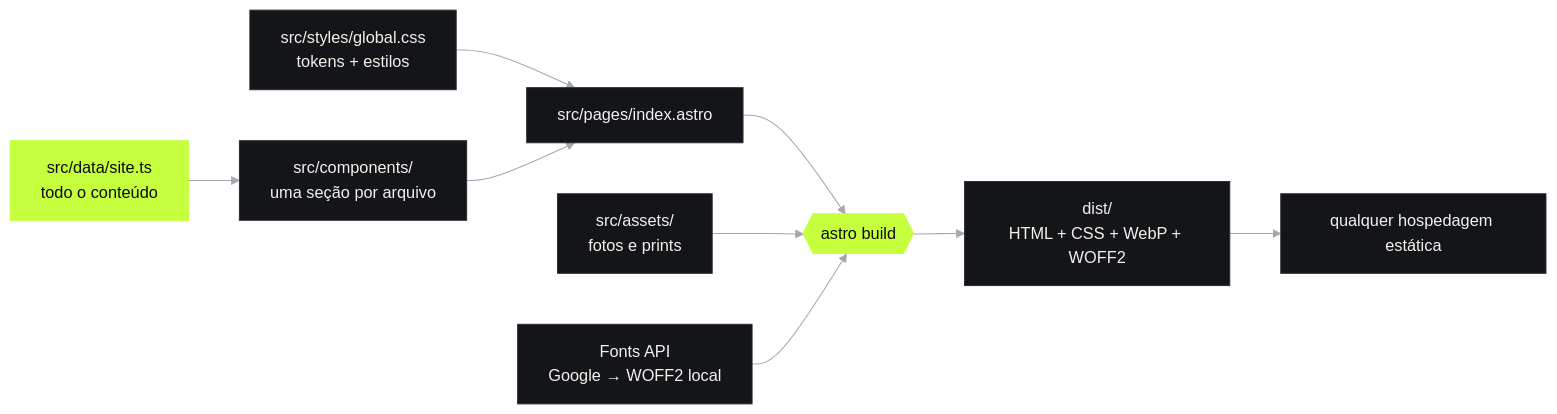
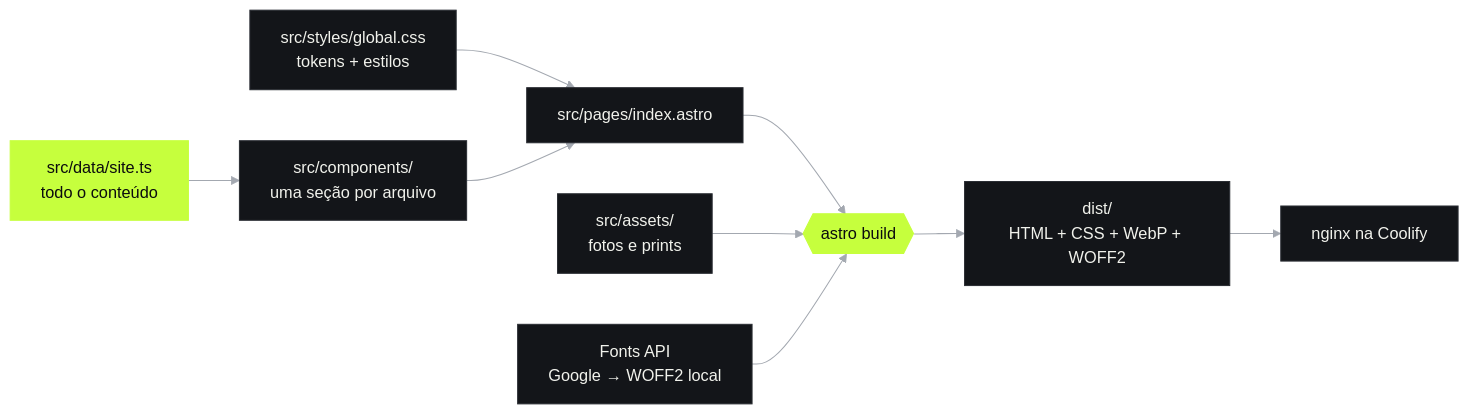
The second of 2 diagrams in README.md (sondavi1991/meu-site-pessoal), drawn with Mermaid before and after one commit. The commit also changed other lines of this file and 6 other files, not shown here.

````diff
--- a/README.md
+++ b/README.md
@@ -89,14 +89,14 @@
 ```mermaid
 %%{init: {'theme':'base','themeVariables':{'primaryColor':'#131519','primaryTextColor':'#f1f2ec','primaryBorderColor':'#2a2d33','lineColor':'#a3a8b0','fontFamily':'ui-monospace, monospace'}}}%%
 flowchart LR
     data["src/data/site.ts<br/>todo o conteúdo"]:::lime --> comps["src/components/<br/>uma seção por arquivo"]
     css["src/styles/global.css<br/>tokens + estilos"] --> page
     comps --> page["src/pages/index.astro"]
     page --> build{{"astro build"}}:::lime
     img["src/assets/<br/>fotos e prints"] --> build
     fonts["Fonts API<br/>Google → WOFF2 local"] --> build
     build --> dist["dist/<br/>HTML + CSS + WebP + WOFF2"]
-    dist --> host["qualquer hospedagem estática"]
+    dist --> host["nginx na Coolify"]
 
     classDef lime fill:#c6ff3d,color:#0b0c0e,stroke:#c6ff3d
 ```
````
